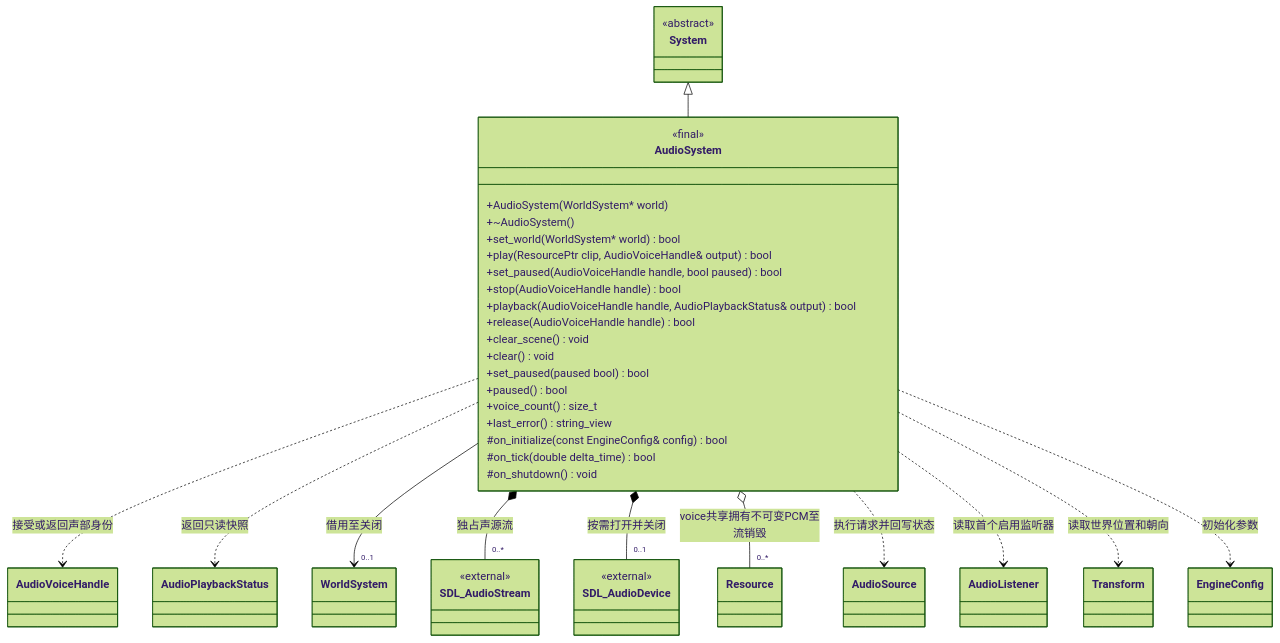
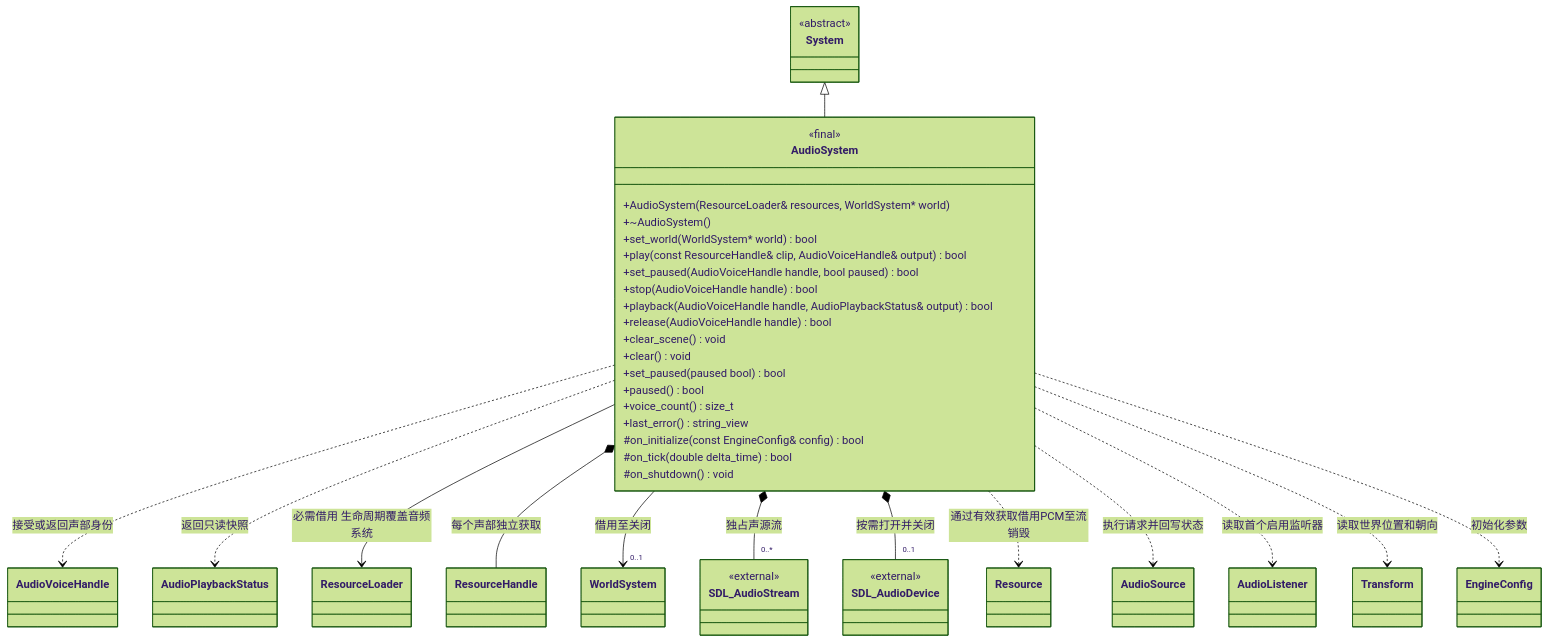
Before and after one commit to lcals/Engine: the diagram in docs/runtime/class-diagrams/audio-system.md, drawn with Mermaid (forest theme). The commit also changed other lines of this file and 391 other files, not shown here.

````diff
--- a/docs/runtime/class-diagrams/audio-system.md
+++ b/docs/runtime/class-diagrams/audio-system.md
@@ -7,52 +9,56 @@
 ```mermaid
 classDiagram
     direction TB
     class AudioSystem {
         <<final>>
-        +AudioSystem(WorldSystem#42; world)
+        +AudioSystem(ResourceLoader& resources, WorldSystem#42; world)
         +~AudioSystem()
         +set_world(WorldSystem#42; world) bool
-        +play(ResourcePtr clip, AudioVoiceHandle& output) bool
+        +play(const ResourceHandle& clip, AudioVoiceHandle& output) bool
         +set_paused(AudioVoiceHandle handle, bool paused) bool
         +stop(AudioVoiceHandle handle) bool
         +playback(AudioVoiceHandle handle, AudioPlaybackStatus& output) bool
         +release(AudioVoiceHandle handle) bool
         +clear_scene() void
         +clear() void
         +set_paused(paused bool) bool
         +paused() bool
         +voice_count() size_t
         +last_error() string_view
         #on_initialize(const EngineConfig& config) bool
         #on_tick(double delta_time) bool
         #on_shutdown() void
     }
     class System {
         <<abstract>>
     }
     class WorldSystem
     class AudioVoiceHandle
     class AudioPlaybackStatus
     AudioSystem ..> AudioVoiceHandle : 接受或返回声部身份
     AudioSystem ..> AudioPlaybackStatus : 返回只读快照
     class AudioSource
     class AudioListener
     class Transform
     class EngineConfig
     class Resource
+    class ResourceLoader
+    class ResourceHandle
+    AudioSystem --> ResourceLoader : 必需借用 生命周期覆盖音频系统
+    AudioSystem *-- ResourceHandle : 每个声部独立获取
     class SDL_AudioStream {
         <<external>>
     }
     class SDL_AudioDevice {
         <<external>>
     }
     System <|-- AudioSystem
     AudioSystem --> "0..1" WorldSystem : 借用至关闭
     AudioSystem *-- "0..*" SDL_AudioStream : 独占声源流
     AudioSystem *-- "0..1" SDL_AudioDevice : 按需打开并关闭
-    AudioSystem o-- "0..*" Resource : voice共享拥有不可变PCM至流销毁
+    AudioSystem ..> Resource : 通过有效获取借用PCM至流销毁
     AudioSystem ..> AudioSource : 执行请求并回写状态
     AudioSystem ..> AudioListener : 读取首个启用监听器
     AudioSystem ..> Transform : 读取世界位置和朝向
     AudioSystem ..> EngineConfig : 初始化参数
 ```
````
